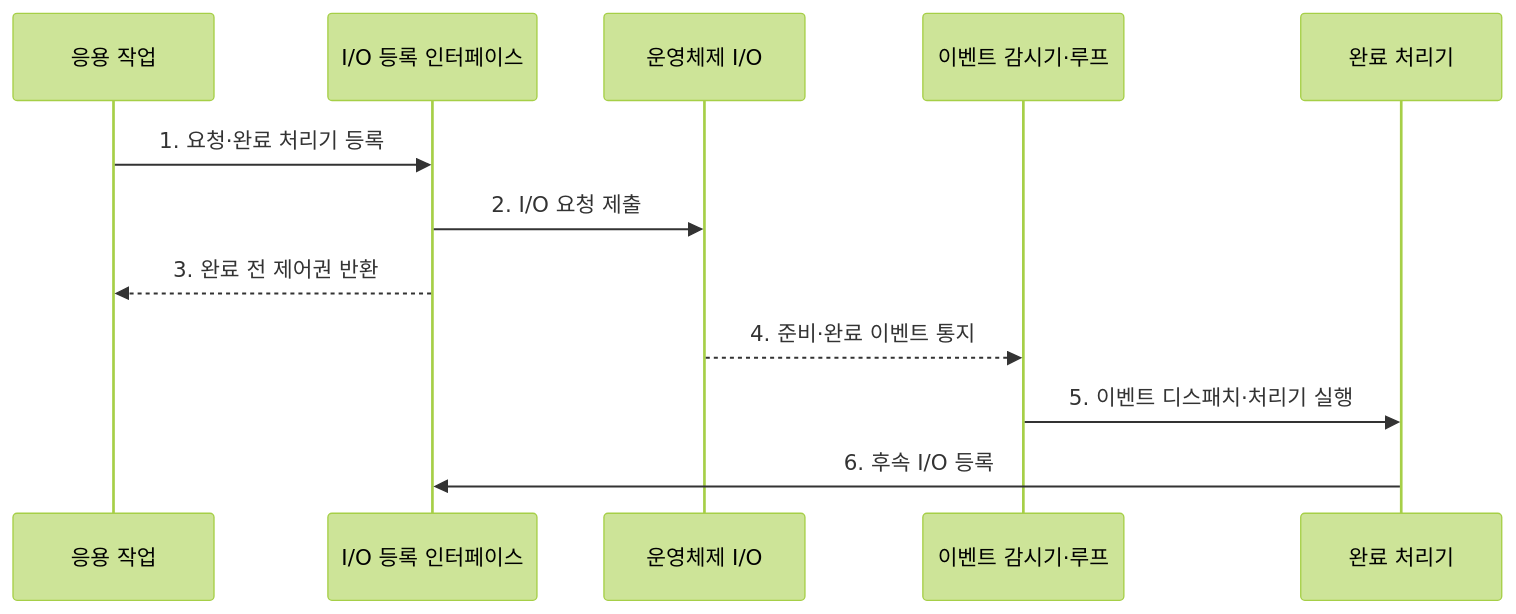
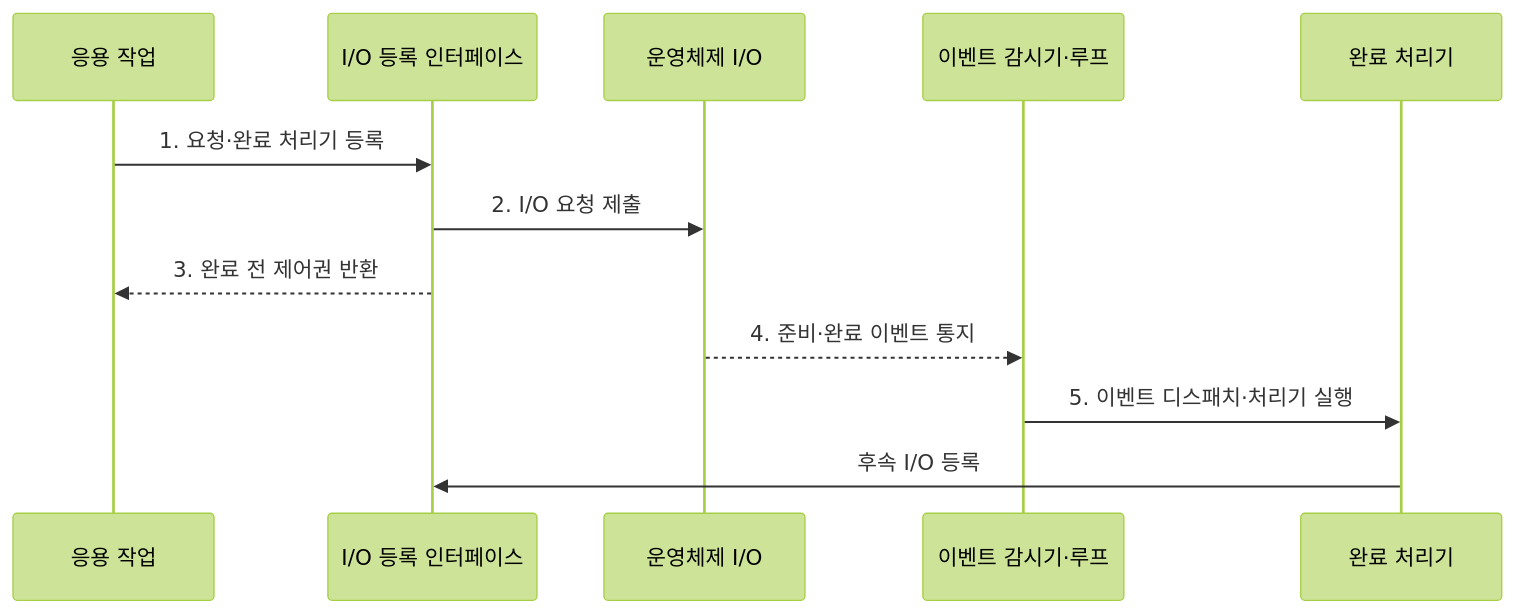
One commit to agnusdei1207/knowledge-base changed the second of 2 diagrams in src/content/docs/notes/03-software/026_async_io_event_loop.md. Above: the diagram before and after it, drawn with Mermaid (forest theme). The commit also changed other lines of this file and 238 other files, not shown here.

````diff
--- a/src/content/docs/notes/03-software/026_async_io_event_loop.md
+++ b/src/content/docs/notes/03-software/026_async_io_event_loop.md
@@ -87,14 +89,14 @@
 ```mermaid
 sequenceDiagram
     participant A as 응용 작업
     participant I as I/O 등록 인터페이스
     participant K as 운영체제 I/O
     participant L as 이벤트 감시기·루프
     participant H as 완료 처리기
     A->>I: 1. 요청·완료 처리기 등록
     I->>K: 2. I/O 요청 제출
     I-->>A: 3. 완료 전 제어권 반환
     K-->>L: 4. 준비·완료 이벤트 통지
     L->>H: 5. 이벤트 디스패치·처리기 실행
-    H->>I: 6. 후속 I/O 등록
+    H->>I: 후속 I/O 등록
 ```
````
